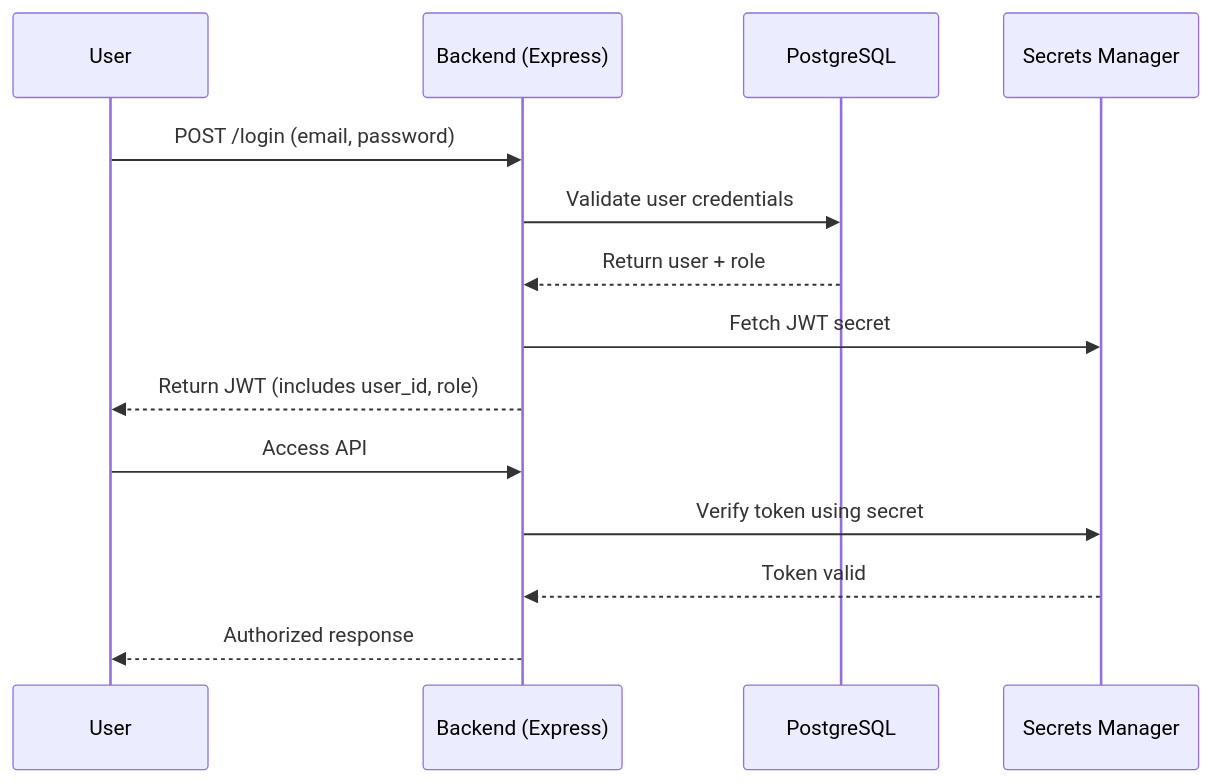
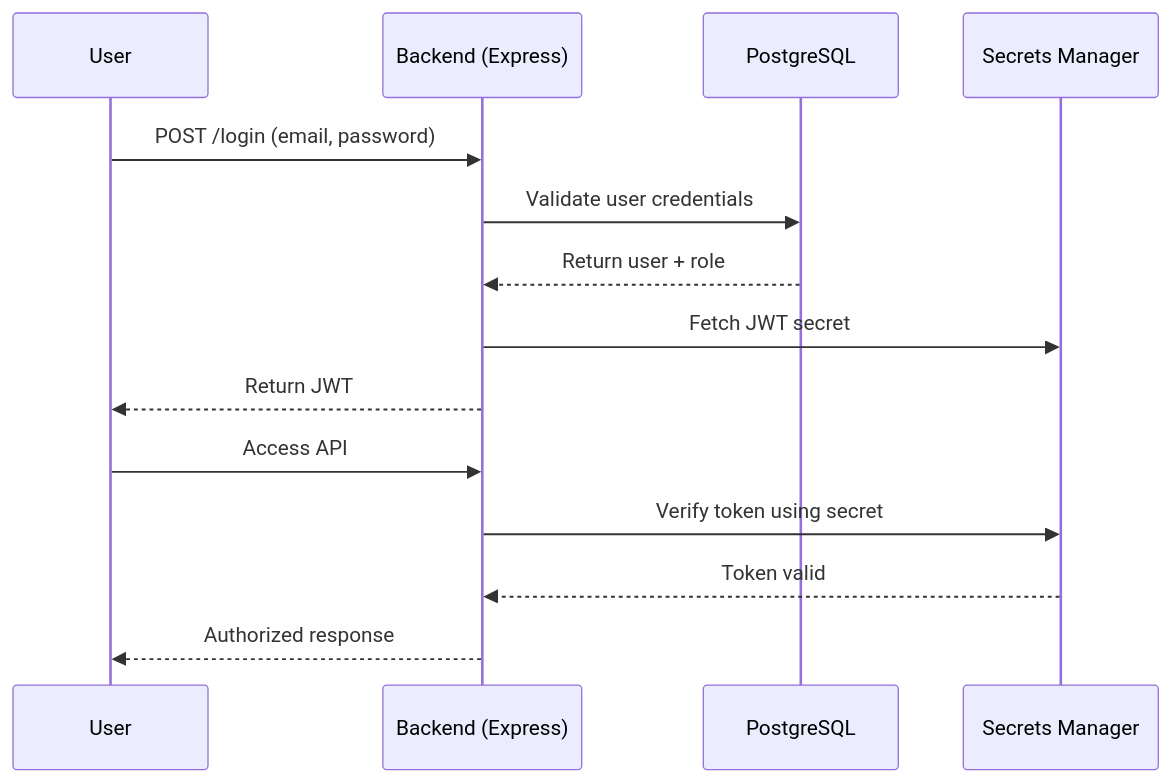
The second of 2 diagrams in docs/technical.md (kunalgkmit/phase0-project-documentation), drawn with Mermaid before and after one commit.

````diff
--- a/docs/technical.md
+++ b/docs/technical.md
@@ -55,18 +55,18 @@
 ```mermaid
 sequenceDiagram
     participant U as User
     participant B as Backend (Express)
     participant DB as PostgreSQL
     participant SM as Secrets Manager
 
     U->>B: POST /login (email, password)
     B->>DB: Validate user credentials
     DB-->>B: Return user + role
     B->>SM: Fetch JWT secret
-    B-->>U: Return JWT (includes user_id, role)
+    B-->>U: Return JWT
     U->>B: Access API
     B->>SM: Verify token using secret
     SM-->>B: Token valid
     B-->>U: Authorized response
 
 ```
````
